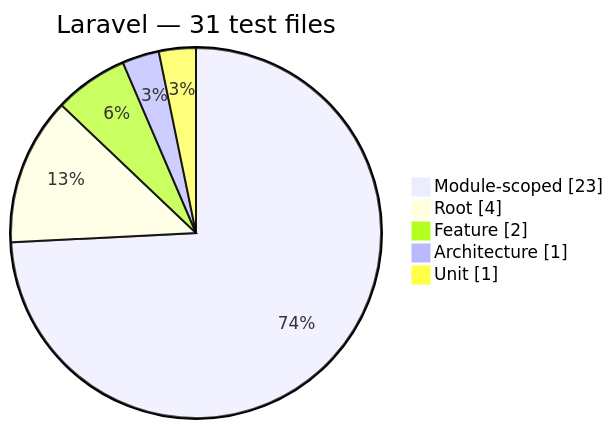
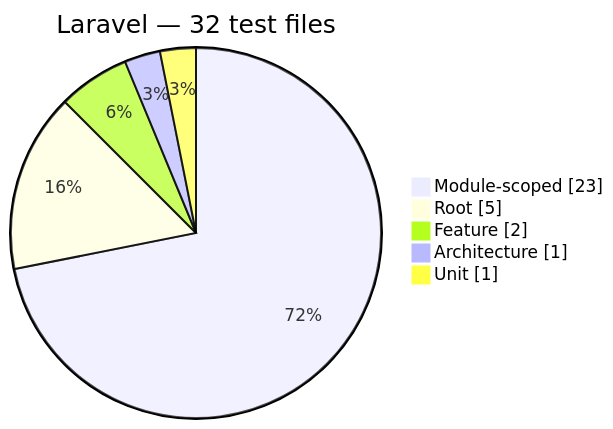
Diagram 12 of 12 in docs/generated/test-composition.md (Mohammed-Alama/php-arazzo), drawn with Mermaid before and after one commit. The commit also changed other lines of this file and 22 other files, not shown here.

````diff
--- a/docs/generated/test-composition.md
+++ b/docs/generated/test-composition.md
@@ -174,9 +174,9 @@
 ```mermaid
 pie showData
-    title Laravel — 31 test files
+    title Laravel — 32 test files
     "Module-scoped": 23
-    "Root": 4
+    "Root": 5
     "Feature": 2
     "Architecture": 1
     "Unit": 1
 ```
````
